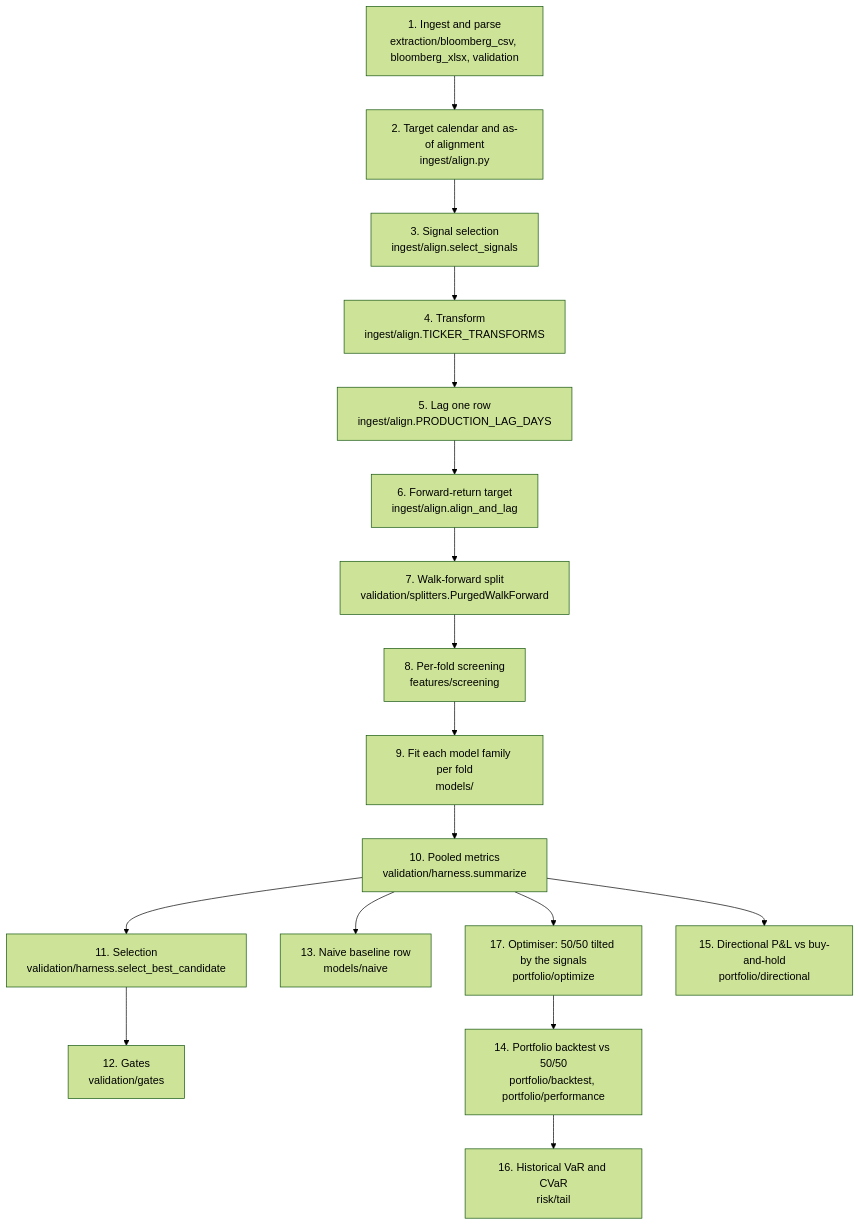
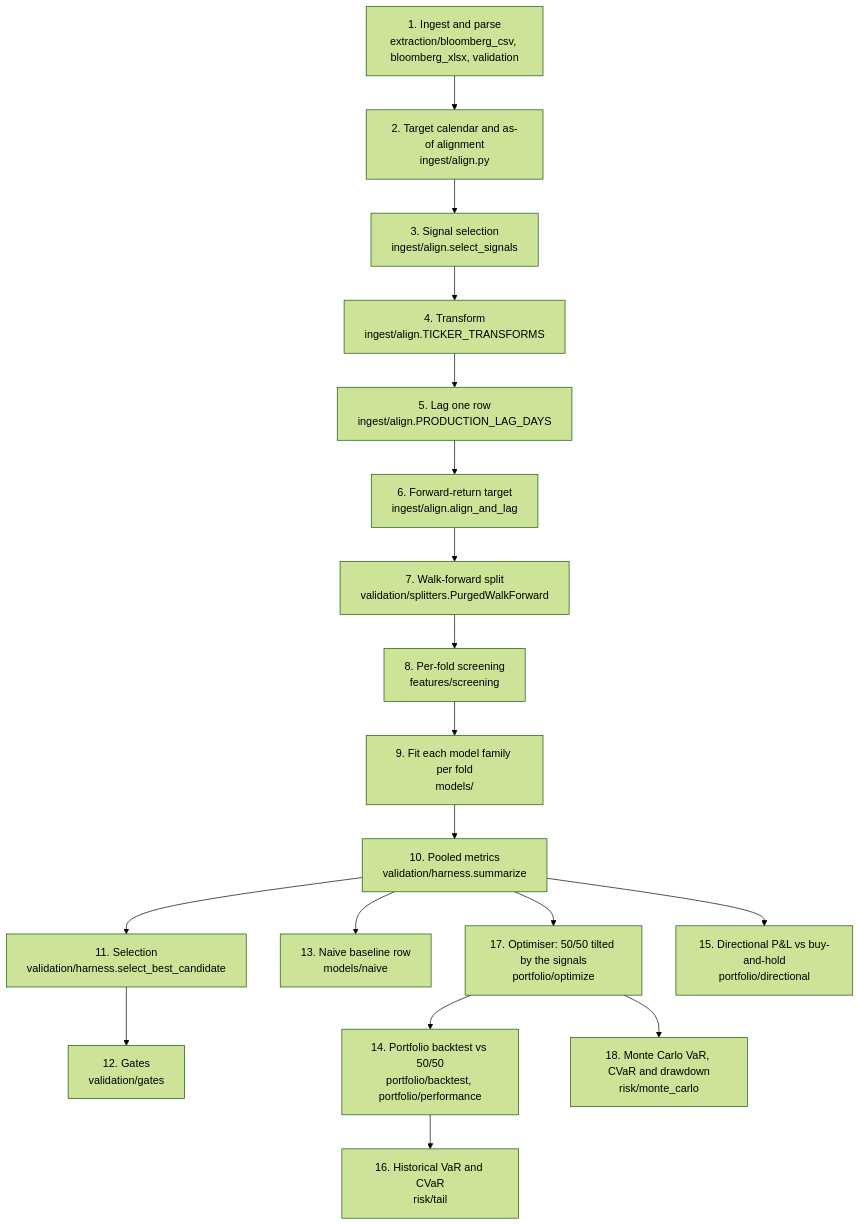
One commit to QuekKangSheng/forecasting-engine changed the diagram in docs/methodology.md. Above: the diagram before and after it, drawn with Mermaid (forest theme). The commit also changed other lines of this file and 9 other files, not shown here.

````diff
--- a/docs/methodology.md
+++ b/docs/methodology.md
@@ -14,21 +14,22 @@
 ```mermaid
 flowchart TD
     A["1. Ingest and parse<br/>extraction/bloomberg_csv, bloomberg_xlsx, validation"] --> B
     B["2. Target calendar and as-of alignment<br/>ingest/align.py"] --> C
     C["3. Signal selection<br/>ingest/align.select_signals"] --> D
     D["4. Transform<br/>ingest/align.TICKER_TRANSFORMS"] --> E
     E["5. Lag one row<br/>ingest/align.PRODUCTION_LAG_DAYS"] --> F
     F["6. Forward-return target<br/>ingest/align.align_and_lag"] --> G
     G["7. Walk-forward split<br/>validation/splitters.PurgedWalkForward"] --> H
     H["8. Per-fold screening<br/>features/screening"] --> I
     I["9. Fit each model family per fold<br/>models/"] --> J
     J["10. Pooled metrics<br/>validation/harness.summarize"] --> K
     K["11. Selection<br/>validation/harness.select_best_candidate"] --> L
     L["12. Gates<br/>validation/gates"]
     J --> M["13. Naive baseline row<br/>models/naive"]
     J --> Q["17. Optimiser: 50/50 tilted by the signals<br/>portfolio/optimize"]
     Q --> N["14. Portfolio backtest vs 50/50<br/>portfolio/backtest, portfolio/performance"]
     N --> P
     J --> O["15. Directional P&L vs buy-and-hold<br/>portfolio/directional"]
     P["16. Historical VaR and CVaR<br/>risk/tail"]
+    Q --> R["18. Monte Carlo VaR, CVaR and drawdown<br/>risk/monte_carlo"]
 ```
````
